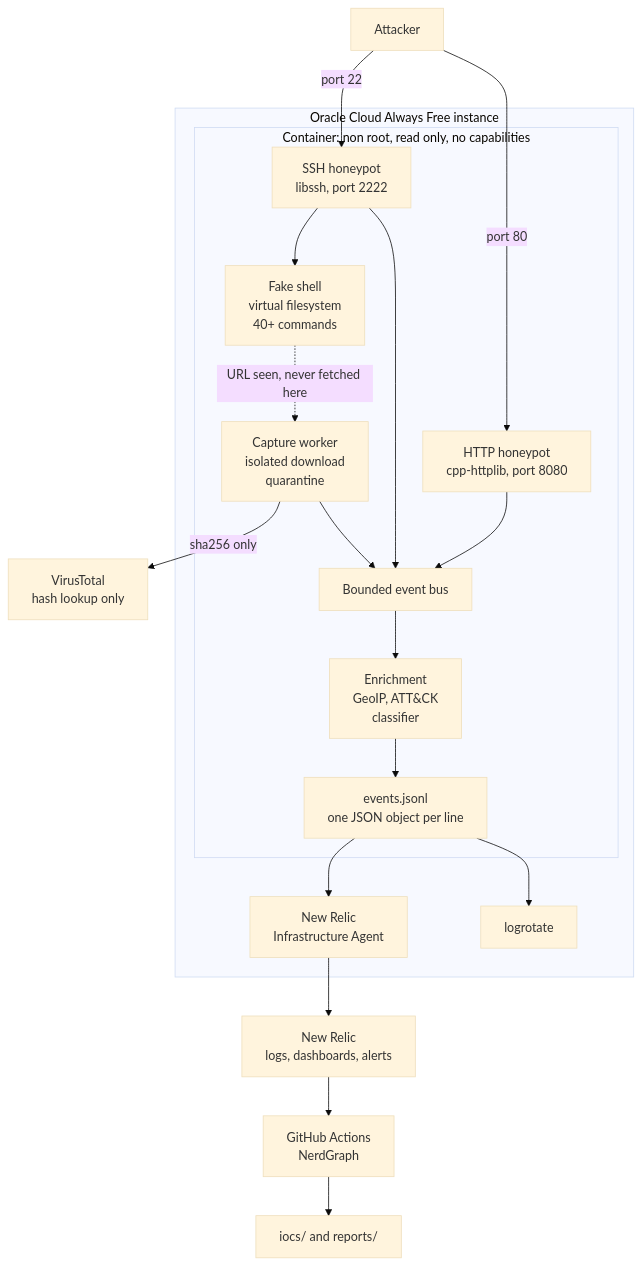
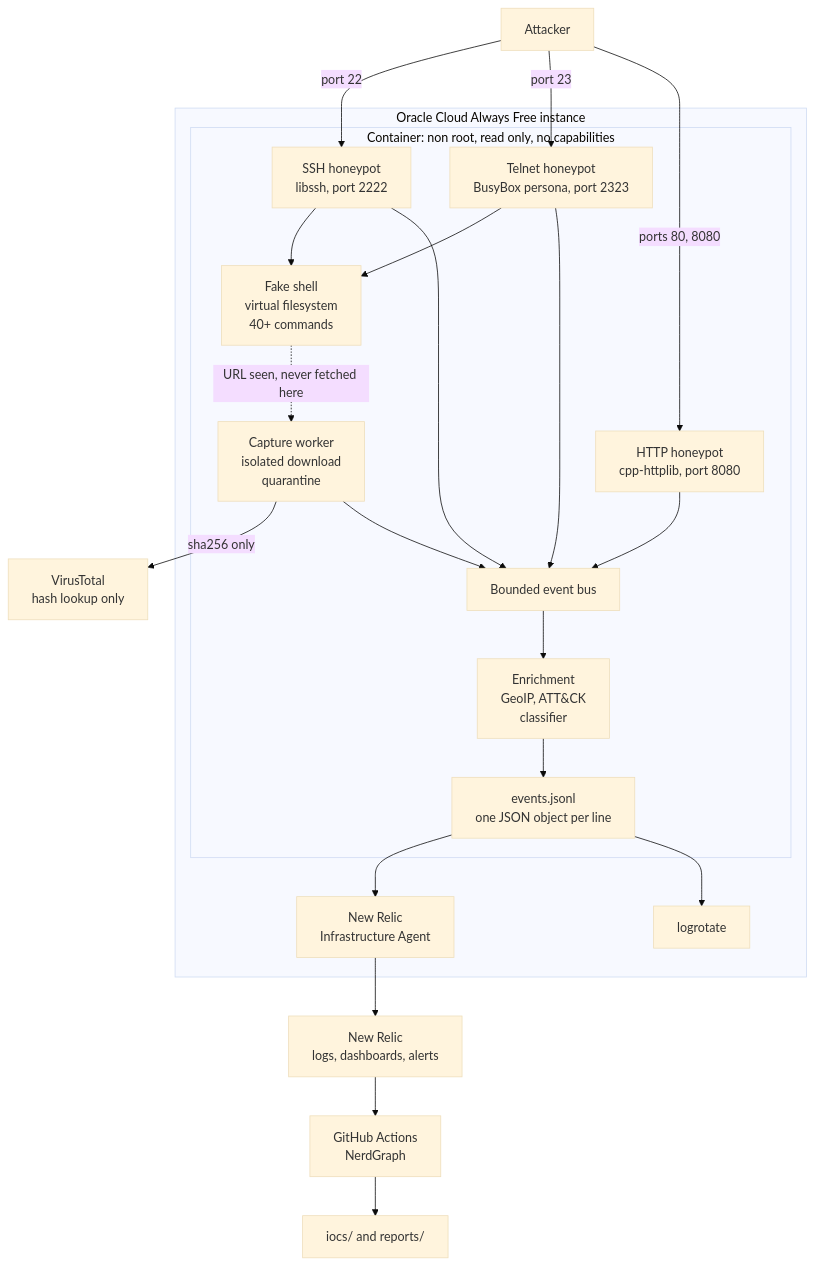
One commit to CarlosZambonii/arapuca changed the diagram in README.md. Above: the diagram before and after it, drawn with Mermaid (base theme). The commit also changed other lines of this file and 37 other files, not shown here.

````diff
--- a/README.md
+++ b/README.md
@@ -46,36 +52,40 @@
 ```mermaid
 flowchart TB
     A["Attacker"]
 
     subgraph VPS["Oracle Cloud Always Free instance"]
         subgraph C["Container: non root, read only, no capabilities"]
             SSH["SSH honeypot<br/>libssh, port 2222"]
+            TEL["Telnet honeypot<br/>BusyBox persona, port 2323"]
             HTTP["HTTP honeypot<br/>cpp-httplib, port 8080"]
             SHELL["Fake shell<br/>virtual filesystem<br/>40+ commands"]
             CAP["Capture worker<br/>isolated download<br/>quarantine"]
             ENR["Enrichment<br/>GeoIP, ATT&CK<br/>classifier"]
             BUS["Bounded event bus"]
             SINK["events.jsonl<br/>one JSON object per line"]
         end
         NRA["New Relic<br/>Infrastructure Agent"]
         LR["logrotate"]
     end
 
     VT["VirusTotal<br/>hash lookup only"]
     NR["New Relic<br/>logs, dashboards, alerts"]
     GH["GitHub Actions<br/>NerdGraph"]
     OUT["iocs/ and reports/"]
 
     A -->|"port 22"| SSH
-    A -->|"port 80"| HTTP
+    A -->|"port 23"| TEL
+    A -->|"ports 80, 8080"| HTTP
     SSH --> SHELL
+    TEL --> SHELL
     SHELL -.->|"URL seen, never fetched here"| CAP
     CAP -->|"sha256 only"| VT
     SSH --> BUS
+    TEL --> BUS
     HTTP --> BUS
     CAP --> BUS
     BUS --> ENR --> SINK
     SINK --> NRA --> NR
     SINK --> LR
     NR --> GH --> OUT
 ```
````
